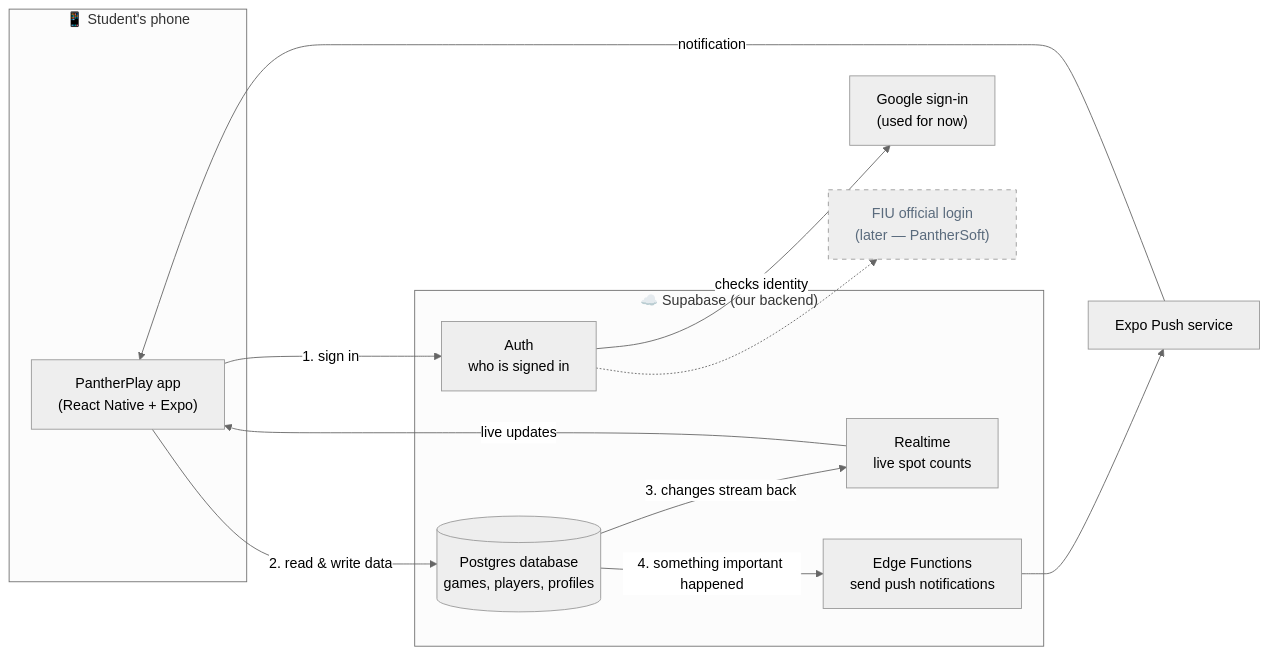
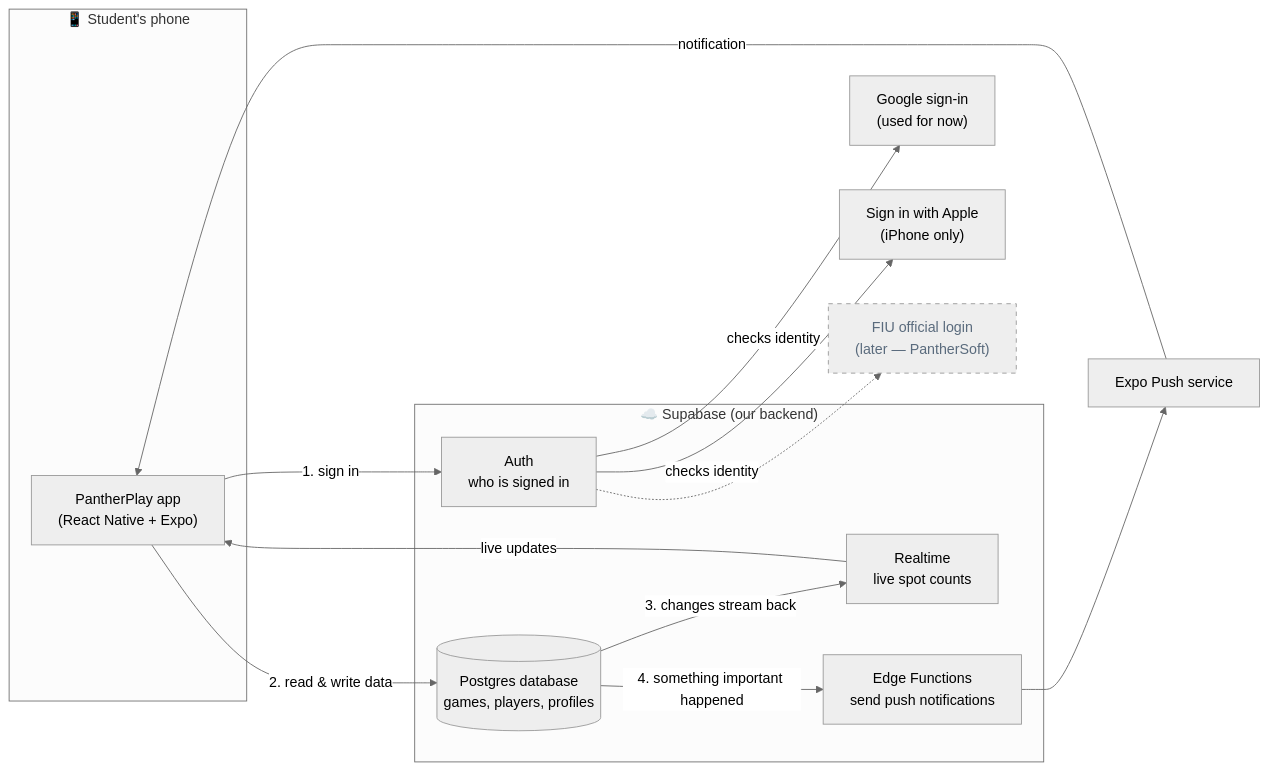
One commit to aymanlaassel/pantherplay changed the first of 9 diagrams in docs/ARCHITECTURE.md. Above: the diagram before and after it, drawn with Mermaid (neutral theme). The commit also changed other lines of this file and 9 other files, not shown here.

````diff
--- a/docs/ARCHITECTURE.md
+++ b/docs/ARCHITECTURE.md
@@ -32,30 +32,32 @@
 ```mermaid
 flowchart LR
   subgraph Phone["📱 Student's phone"]
     App["PantherPlay app<br/>(React Native + Expo)"]
   end
 
   subgraph Supabase["☁️ Supabase (our backend)"]
     Auth["Auth<br/>who is signed in"]
     DB[("Postgres database<br/>games, players, profiles")]
     RT["Realtime<br/>live spot counts"]
     Fn["Edge Functions<br/>send push notifications"]
   end
 
   Google["Google sign-in<br/>(used for now)"]
+  Apple["Sign in with Apple<br/>(iPhone only)"]
   FIU["FIU official login<br/>(later — PantherSoft)"]
   Push["Expo Push service"]
 
   App -- "1. sign in" --> Auth
   Auth -- "checks identity" --> Google
+  Auth -- "checks identity" --> Apple
   Auth -.-> FIU
   App -- "2. read & write data" --> DB
   DB -- "3. changes stream back" --> RT
   RT -- "live updates" --> App
   DB -- "4. something important happened" --> Fn
   Fn --> Push
   Push -- "notification" --> App
 
   classDef later stroke-dasharray: 5 5,color:#5A6B7D
   class FIU later
 ```
````
